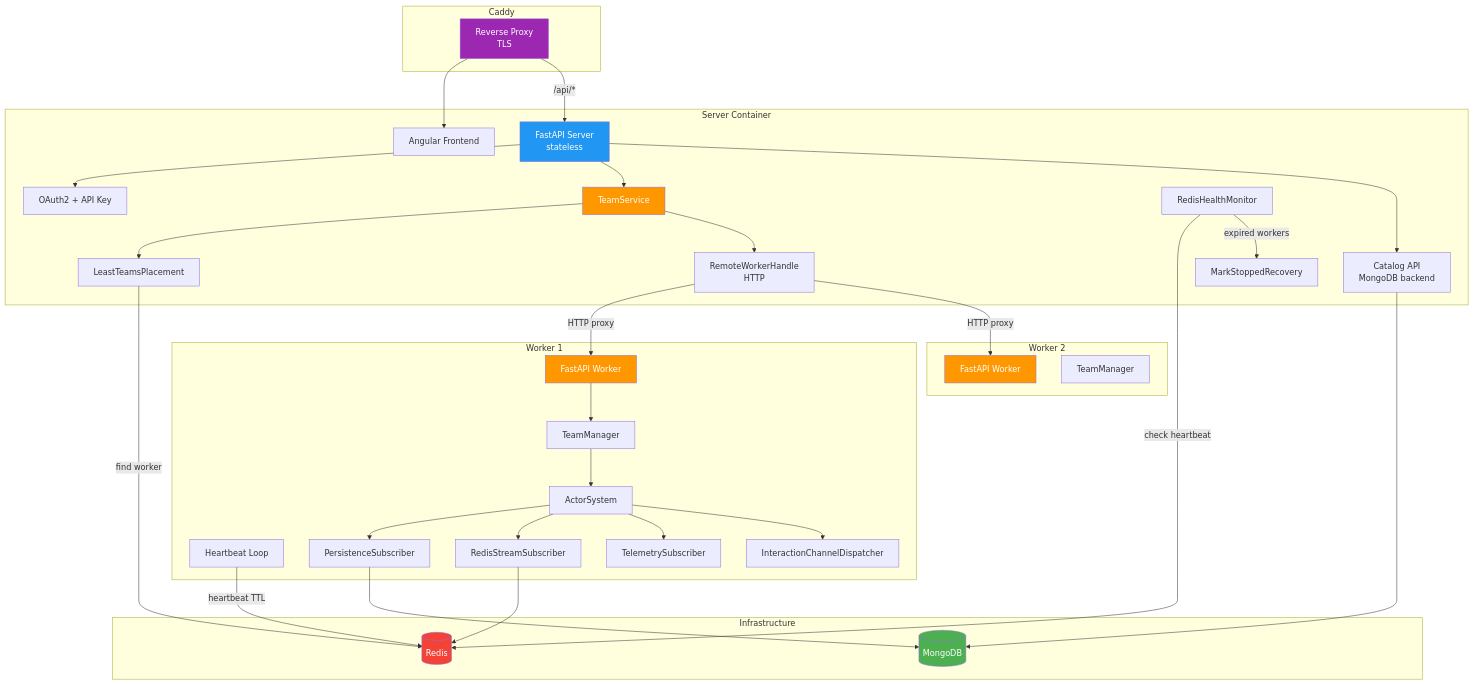
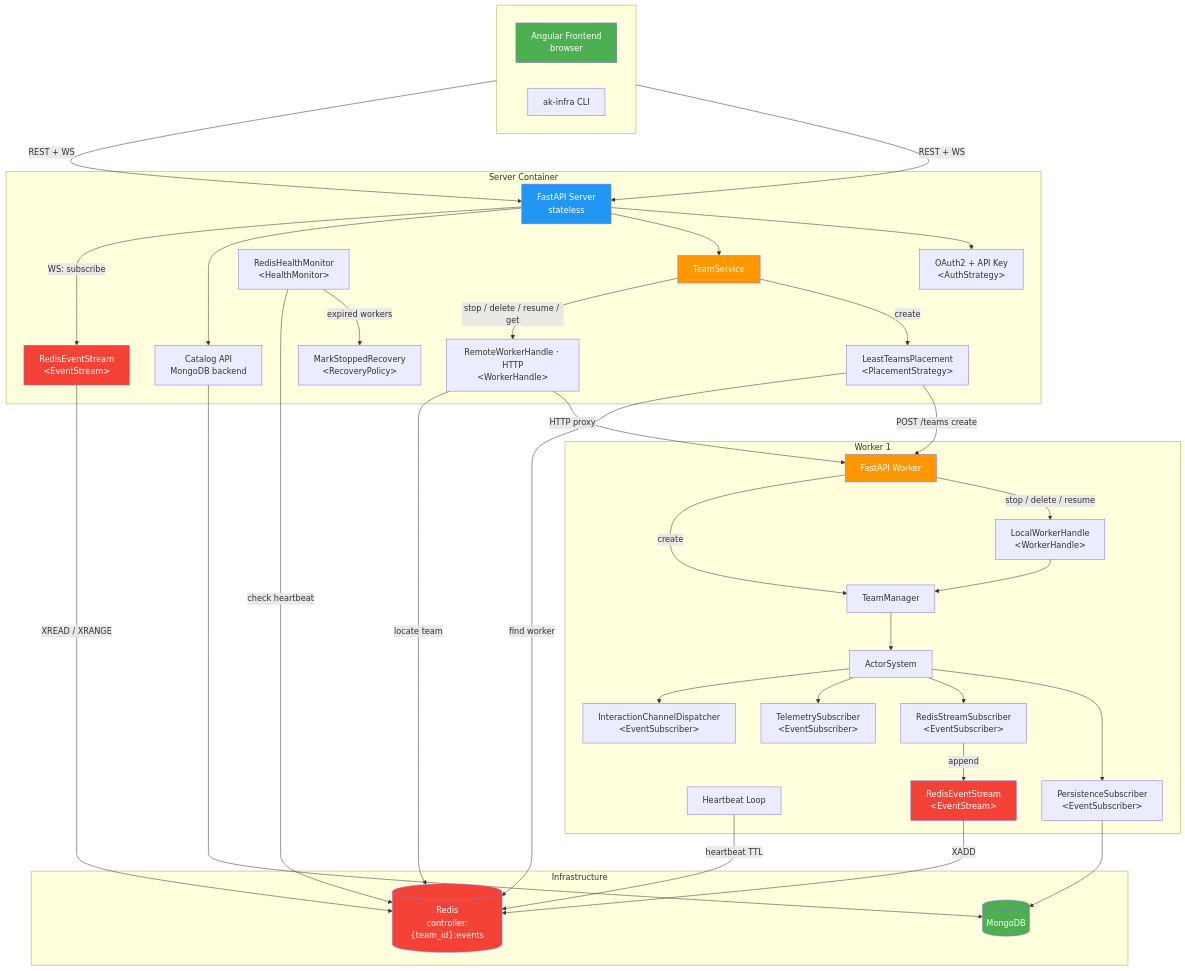
The second of 3 diagrams in README.md (b12consulting/akgentic), drawn with Mermaid before and after one commit. The commit also changed other lines of this file and 3 other files, not shown here.

````diff
--- a/README.md
+++ b/README.md
@@ -78,70 +90,85 @@
 ```mermaid
 graph TB
-    subgraph "Caddy"
-        PROXY[Reverse Proxy<br/>TLS]
+    subgraph Clients [" "]
+        direction LR
+        FE[Angular Frontend<br/>browser]
+        CLI[ak-infra CLI]
     end
 
     subgraph "Server Container"
-        FE[Angular Frontend]
         SRV[FastAPI Server<br/>stateless]
         SVC_S[TeamService]
-        AUTH[OAuth2 + API Key]
+        AUTH["OAuth2 + API Key<br/>&lt;AuthStrategy&gt;"]
+        PS_SRV["LeastTeamsPlacement<br/>&lt;PlacementStrategy&gt;"]
+        HM["RedisHealthMonitor<br/>&lt;HealthMonitor&gt;"]
+        RP["MarkStoppedRecovery<br/>&lt;RecoveryPolicy&gt;"]
+        RWH["RemoteWorkerHandle · HTTP<br/>&lt;WorkerHandle&gt;"]
+        RES_R["RedisEventStream<br/>&lt;EventStream&gt;"]
         CAT[Catalog API<br/>MongoDB backend]
-        PS_SRV[LeastTeamsPlacement]
-        RWH[RemoteWorkerHandle<br/>HTTP]
-        HM[RedisHealthMonitor]
-        RP[MarkStoppedRecovery]
     end
 
     subgraph "Worker 1"
         W1_API[FastAPI Worker]
+        W1_LWH["LocalWorkerHandle<br/>&lt;WorkerHandle&gt;"]
         W1_TM[TeamManager]
         W1_AS[ActorSystem]
         W1_HB[Heartbeat Loop]
-        W1_PS[PersistenceSubscriber]
-        W1_RSS[RedisStreamSubscriber]
-        W1_TS[TelemetrySubscriber]
-        W1_ICD[InteractionChannelDispatcher]
-    end
-
-    subgraph "Worker 2"
-        W2_API[FastAPI Worker]
-        W2_TM[TeamManager]
+        W1_PS["PersistenceSubscriber<br/>&lt;EventSubscriber&gt;"]
+        W1_RSS["RedisStreamSubscriber<br/>&lt;EventSubscriber&gt;"]
+        W1_RES["RedisEventStream<br/>&lt;EventStream&gt;"]
+        W1_TS["TelemetrySubscriber<br/>&lt;EventSubscriber&gt;"]
+        W1_ICD["InteractionChannelDispatcher<br/>&lt;EventSubscriber&gt;"]
     end
 
     subgraph "Infrastructure"
         MONGO[(MongoDB)]
-        REDIS[(Redis)]
+        REDIS[("Redis<br/>controller:{team_id}:events")]
     end
 
-    PROXY --> FE
-    PROXY -->|/api/*| SRV
+    %% Clients → Server
+    FE -->|REST + WS| SRV
+    CLI -->|REST + WS| SRV
+
+    %% Server-internal wiring
     SRV --> AUTH
     SRV --> SVC_S
     SRV --> CAT
-    SVC_S --> PS_SRV
-    SVC_S --> RWH
-    PS_SRV -->|find worker| REDIS
+    SRV -->|WS: subscribe| RES_R
+    SVC_S -->|create| PS_SRV
+    SVC_S -->|stop / delete / resume / get| RWH
+    HM -->|expired workers| RP
+
+    %% Server → Worker
+    PS_SRV -->|POST /teams create| W1_API
     RWH -->|HTTP proxy| W1_API
-    RWH -->|HTTP proxy| W2_API
-    HM -->|check heartbeat| REDIS
-    HM -->|expired workers| RP
-    W1_API --> W1_TM
+
+    %% Worker-internal wiring
+    W1_API -->|stop / delete / resume| W1_LWH
+    W1_API -->|create| W1_TM
+    W1_LWH --> W1_TM
     W1_TM --> W1_AS
-    W1_HB -->|heartbeat TTL| REDIS
-    W1_PS --> MONGO
-    W1_RSS --> REDIS
     W1_AS --> W1_PS
     W1_AS --> W1_RSS
     W1_AS --> W1_TS
     W1_AS --> W1_ICD
+    W1_RSS -->|append| W1_RES
+
+    %% → Infrastructure
     CAT --> MONGO
+    W1_PS --> MONGO
+    RES_R -->|XREAD / XRANGE| REDIS
+    W1_RES -->|XADD| REDIS
+    PS_SRV -->|find worker| REDIS
+    RWH -->|locate team| REDIS
+    HM -->|check heartbeat| REDIS
+    W1_HB -->|heartbeat TTL| REDIS
 
-    style PROXY fill:#9C27B0,color:white
+    style FE fill:#4CAF50,color:white
     style SRV fill:#2196F3,color:white
     style SVC_S fill:#FF9800,color:white
     style W1_API fill:#FF9800,color:white
-    style W2_API fill:#FF9800,color:white
     style MONGO fill:#4CAF50,color:white
     style REDIS fill:#F44336,color:white
+    style RES_R fill:#F44336,color:white
+    style W1_RES fill:#F44336,color:white
 ```
````
